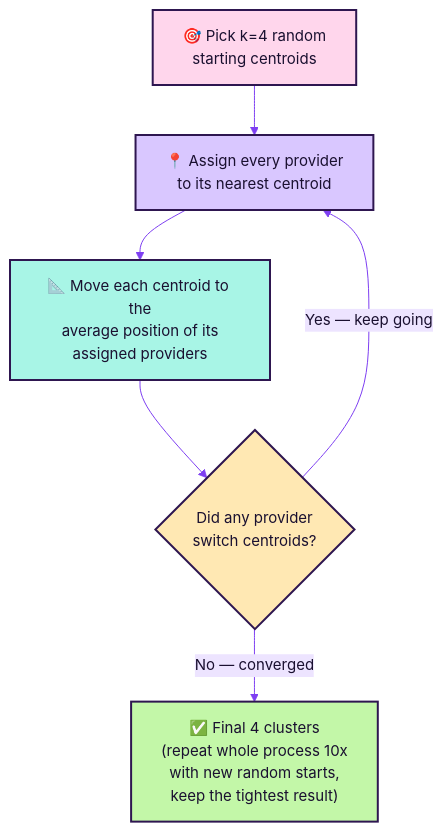
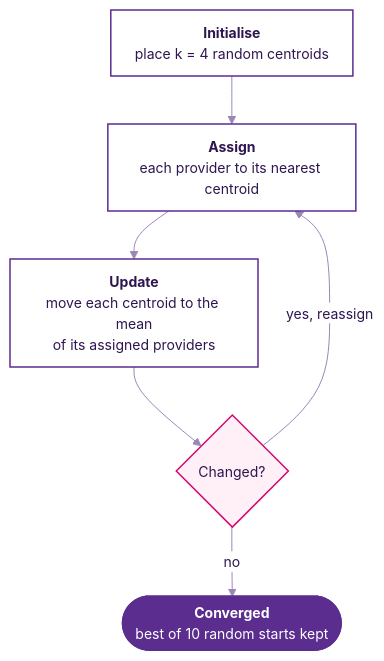
Before and after one commit to AhmedJesserLahmer/Cotiviti-ai-claims-review-assistant: the fourth of 4 diagrams in README.md, drawn with Mermaid. The commit also changed other lines of this file, not shown here.

First line of the commit message:
docs: redesign the README diagrams

````diff
--- a/README.md
+++ b/README.md
@@ -306,15 +335,20 @@
 ```mermaid
-%%{init: {"theme": "base", "themeVariables": {"primaryColor": "#ede4ff", "primaryBorderColor": "#2e1650", "primaryTextColor": "#1a1030", "lineColor": "#7e3ff2", "fontSize": "15px", "edgeLabelBackground": "#ede4ff", "secondaryColor": "#ede4ff", "tertiaryColor": "#ede4ff"}}}%%
+%%{init: {"theme": "base", "themeVariables": {"fontSize": "14px", "primaryColor": "#ffffff", "primaryBorderColor": "#5b2d8e", "primaryTextColor": "#2e1650", "lineColor": "#9b86b8", "clusterBkg": "#f8f5fc", "clusterBorder": "#d8cce8", "edgeLabelBackground": "#ffffff", "titleColor": "#5b2d8e"}, "flowchart": {"curve": "basis", "nodeSpacing": 36, "rankSpacing": 48, "padding": 12}}}%%
 flowchart TD
-    S["🎯 Pick k=4 random<br/>starting centroids"] --> A["📍 Assign every provider<br/>to its nearest centroid"]
-    A --> M["📐 Move each centroid to the<br/>average position of its<br/>assigned providers"]
-    M --> C{"Did any provider<br/>switch centroids?"}
-    C -->|"Yes — keep going"| A
-    C -->|"No — converged"| R["✅ Final 4 clusters<br/>(repeat whole process 10x<br/>with new random starts,<br/>keep the tightest result)"]
+    S["<b>Initialise</b><br/>place k = 4 random centroids"]:::step
+    A["<b>Assign</b><br/>each provider to its nearest centroid"]:::step
+    M["<b>Update</b><br/>move each centroid to the mean<br/>of its assigned providers"]:::step
+    C{"Changed?"}:::decision
+    R(["<b>Converged</b><br/>best of 10 random starts kept"]):::terminal
 
-    style S fill:#ffd6ec,stroke:#2e1650,stroke-width:2px,color:#1a1030
-    style A fill:#d9c7ff,stroke:#2e1650,stroke-width:2px,color:#1a1030
-    style M fill:#a8f5e6,stroke:#2e1650,stroke-width:2px,color:#1a1030
-    style C fill:#ffe8b3,stroke:#2e1650,stroke-width:2px,color:#1a1030
-    style R fill:#c3f7a8,stroke:#2e1650,stroke-width:2px,color:#1a1030
+    S --> A --> M --> C
+    C -- "yes, reassign" --> A
+    C -- "no" --> R
+
+    classDef step fill:#ffffff,stroke:#5b2d8e,stroke-width:1.5px,color:#2e1650
+    classDef ai fill:#f1eafb,stroke:#5b2d8e,stroke-width:1.5px,color:#2e1650
+    classDef decision fill:#fff0f7,stroke:#d6086f,stroke-width:1.5px,color:#2e1650
+    classDef store fill:#f4f1f8,stroke:#6b5a86,stroke-width:1.5px,color:#2e1650
+    classDef external fill:#f6f6f8,stroke:#8a8798,stroke-width:1.5px,stroke-dasharray:4 3,color:#3d3a4a
+    classDef terminal fill:#5b2d8e,stroke:#5b2d8e,stroke-width:1.5px,color:#ffffff
 ```
````
